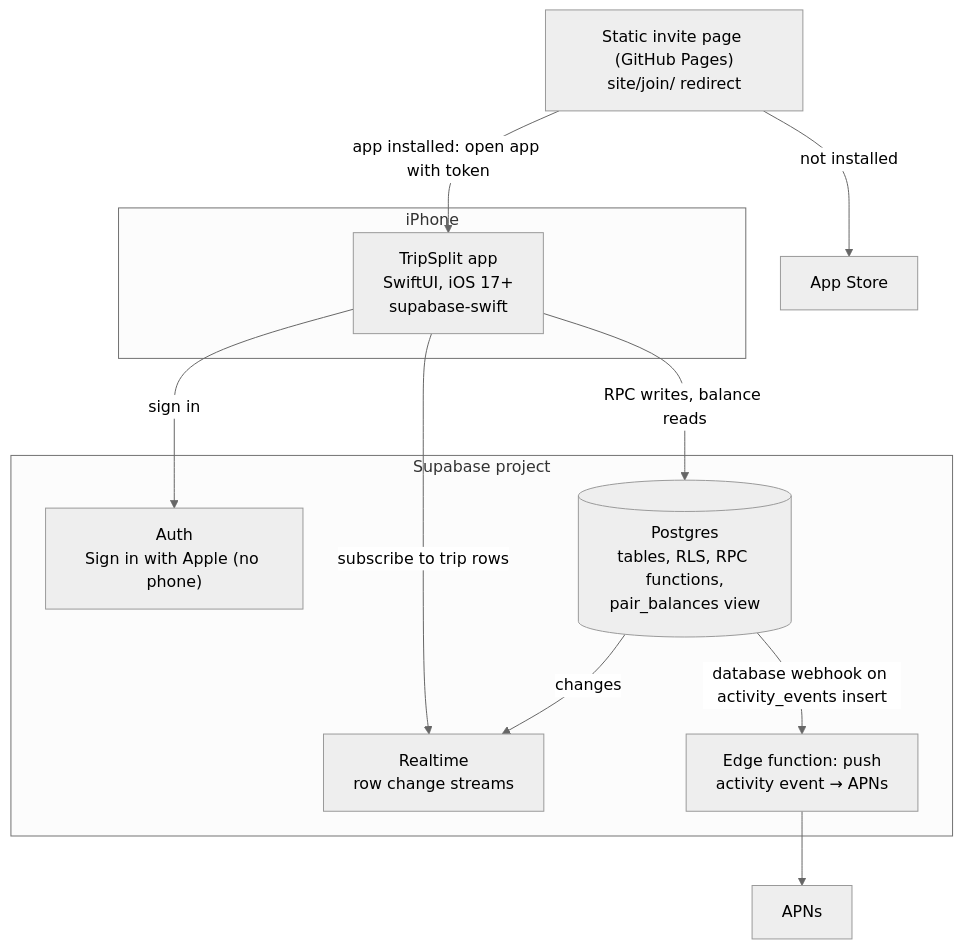
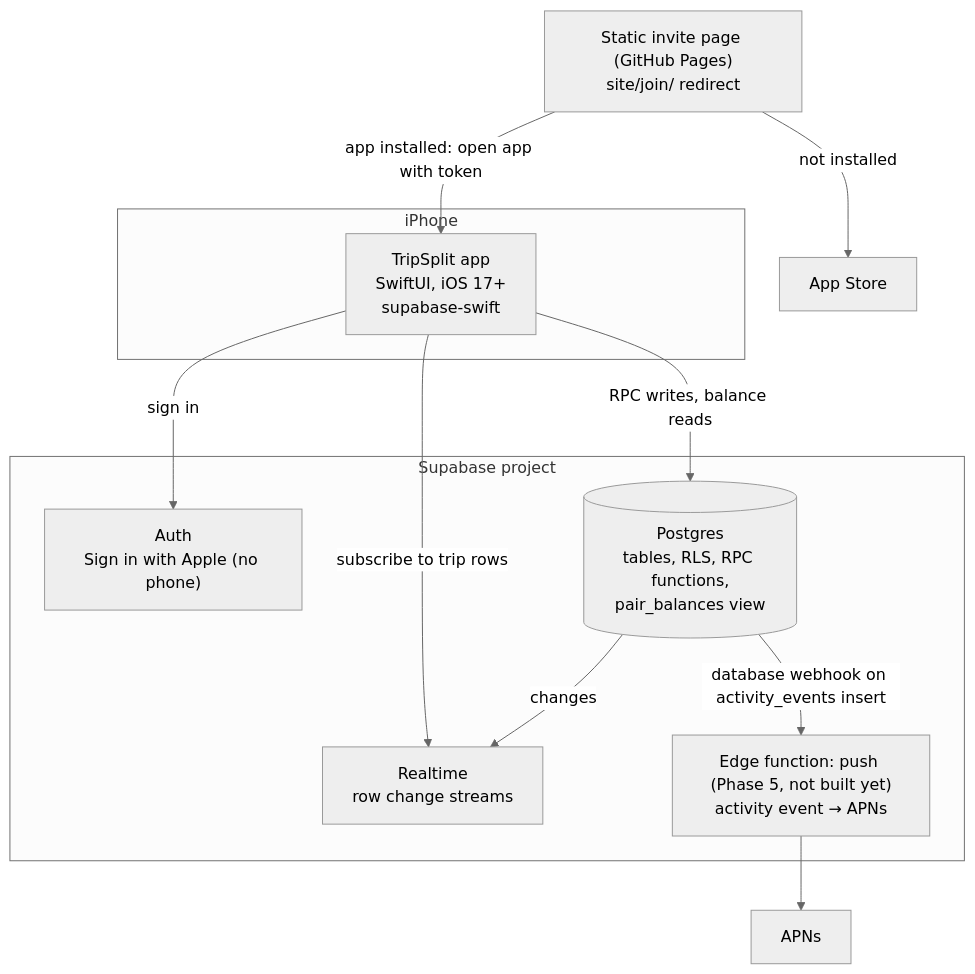
Before and after one commit to taytayrad/tripsplit-ios: the second of 2 diagrams in docs/architecture.md, drawn with Mermaid (neutral theme). The commit also changed other lines of this file and 8 other files, not shown here.

````diff
--- a/docs/architecture.md
+++ b/docs/architecture.md
@@ -32,27 +32,27 @@
 ```mermaid
 flowchart TB
     subgraph device["iPhone"]
         app["TripSplit app<br/>SwiftUI, iOS 17+<br/>supabase-swift"]
     end
 
     subgraph supa["Supabase project"]
         auth["Auth<br/>Sign in with Apple (no phone)"]
         db[("Postgres<br/>tables, RLS, RPC functions,<br/>pair_balances view")]
         rt["Realtime<br/>row change streams"]
-        fnPush["Edge function: push<br/>activity event → APNs"]
+        fnPush["Edge function: push (Phase 5, not built yet)<br/>activity event → APNs"]
     end
 
     invitePage["Static invite page (GitHub Pages)<br/>site/join/ redirect"]
 
     apns["APNs"]
     store["App Store"]
 
     app -- "sign in" --> auth
     app -- "RPC writes, balance reads" --> db
     app -- "subscribe to trip rows" --> rt
     db -- "changes" --> rt
     db -- "database webhook on activity_events insert" --> fnPush
     fnPush --> apns
     invitePage -- "app installed: open app with token" --> app
     invitePage -- "not installed" --> store
 ```
````
